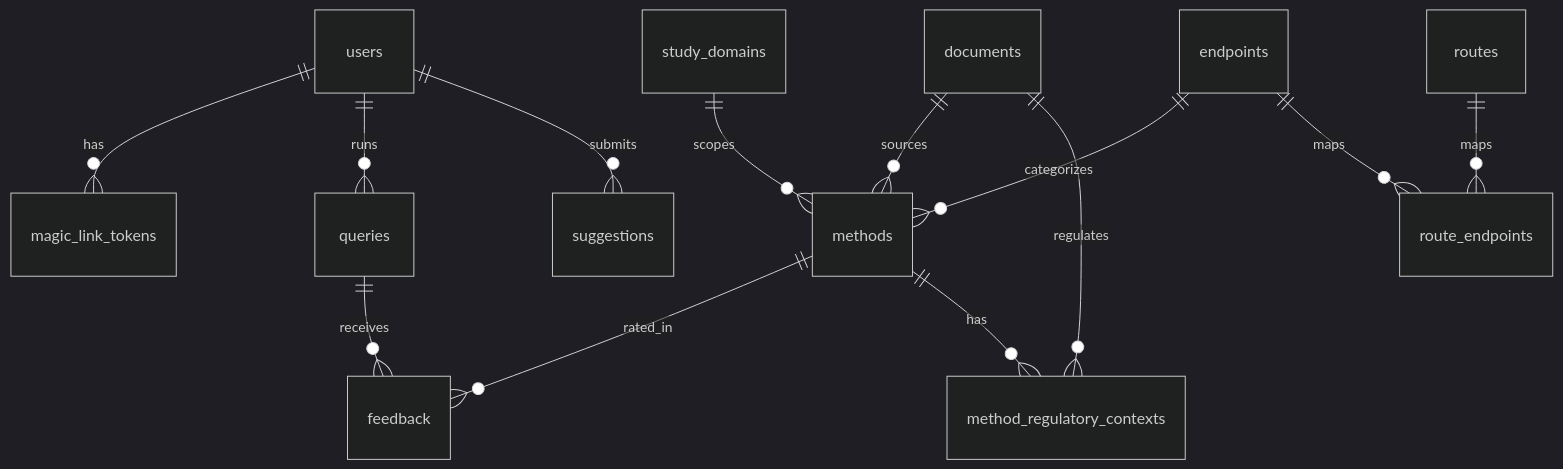
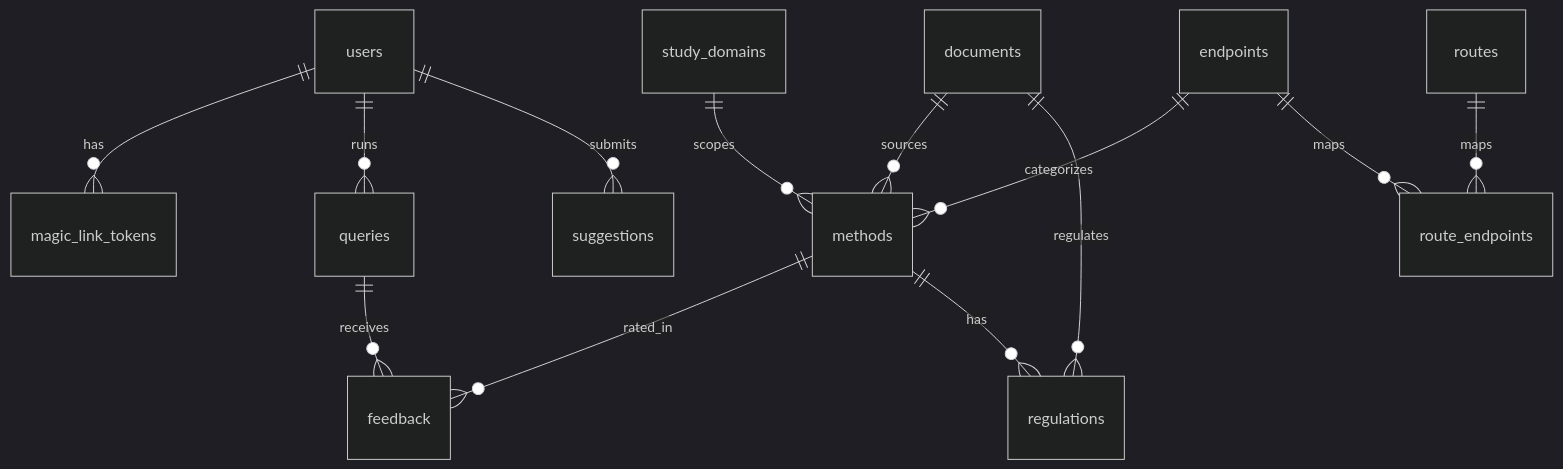
One commit to frcsantos/3R-assist changed the diagram in docs/tables.md. Above: the diagram before and after it, drawn with Mermaid (dark theme). The commit also changed other lines of this file and 21 other files, not shown here.

Commit message:
more schema changes

````diff
--- a/docs/tables.md
+++ b/docs/tables.md
@@ -273,15 +273,15 @@
 ```mermaid
 erDiagram
     users ||--o{ magic_link_tokens : has
     users ||--o{ queries : runs
     users ||--o{ suggestions : submits
     queries ||--o{ feedback : receives
     methods ||--o{ feedback : rated_in
-    methods ||--o{ method_regulatory_contexts : has
+    methods ||--o{ regulations : has
     documents ||--o{ methods : sources
-    documents ||--o{ method_regulatory_contexts : regulates
+    documents ||--o{ regulations : regulates
     endpoints ||--o{ methods : categorizes
     study_domains ||--o{ methods : scopes
     routes ||--o{ route_endpoints : maps
     endpoints ||--o{ route_endpoints : maps
 ```
````
